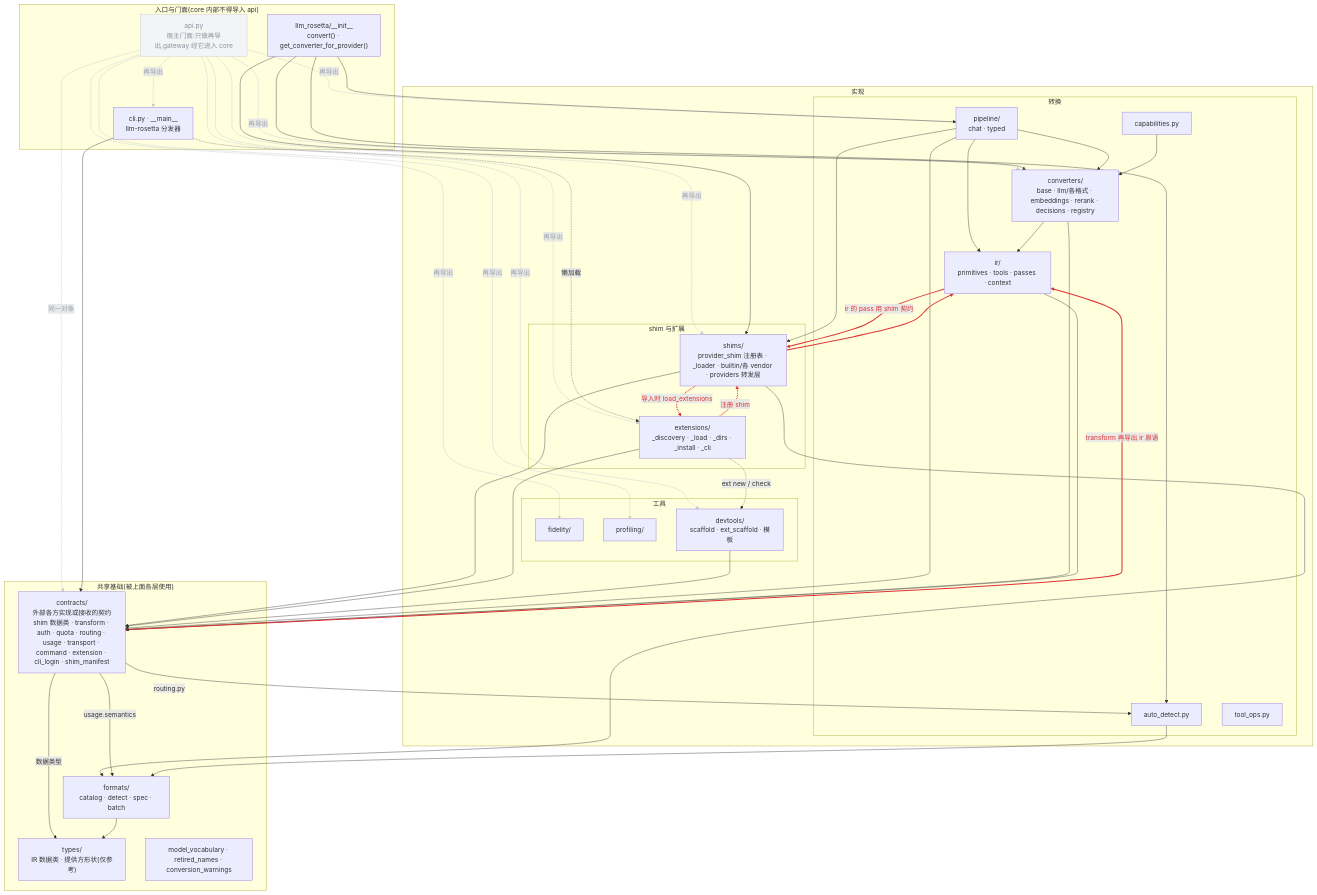
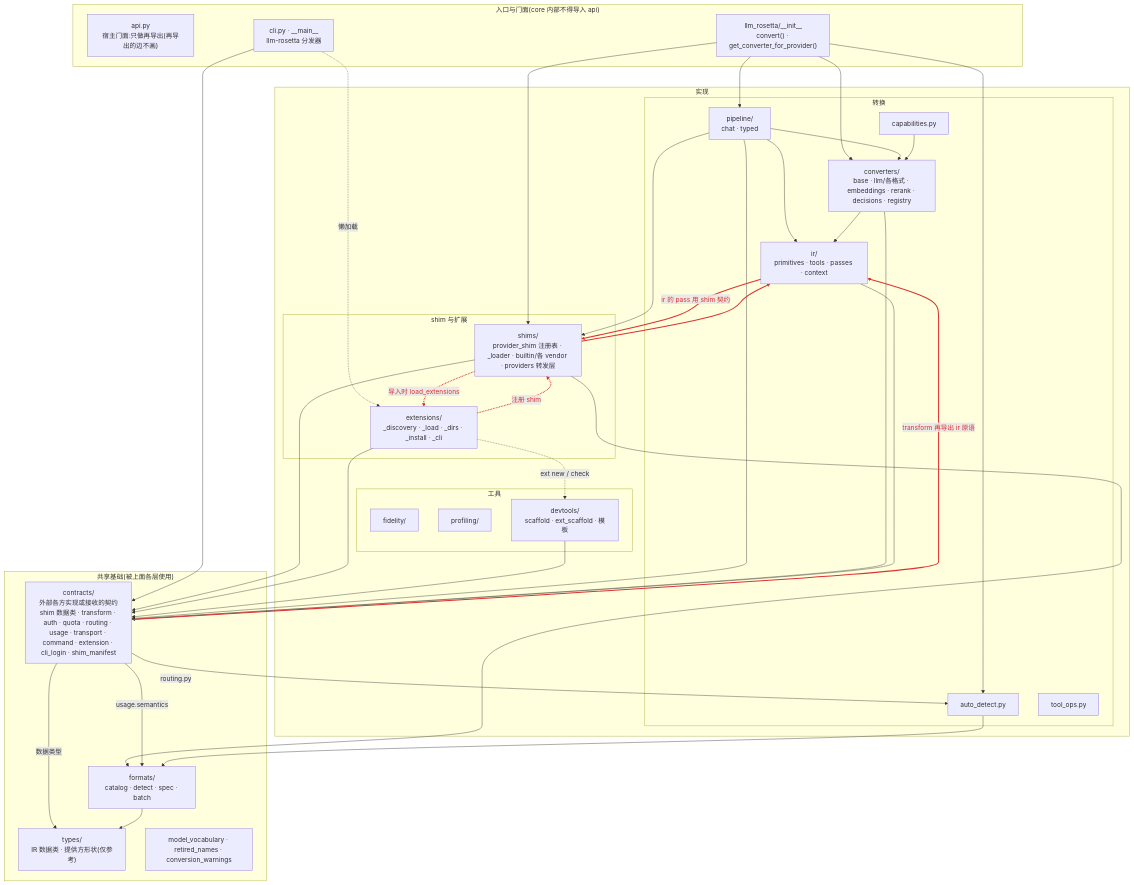
The diagram in core.mmd (Oaklight/llm-rosetta), drawn with Mermaid before and after one commit. The commit also changed 5 other files, not shown here.

First line of the commit message:
docs: leave the api re-export edges out of the diagrams

```diff
--- a/core.mmd
+++ b/core.mmd
@@ -1,87 +1,68 @@
 flowchart TB
   subgraph FACADE["入口与门面(core 内部不得导入 api)"]
-    API["api.py<br/>宿主门面:只做再导出,gateway 经它进入 core"]
+    API["api.py<br/>宿主门面:只做再导出(再导出的边不画)"]
     INIT["llm_rosetta/__init__<br/>convert() · get_converter_for_provider()"]
     CLI["cli.py · __main__<br/>llm-rosetta 分发器"]
   end
   subgraph IMPL["实现"]
     subgraph CONV["转换"]
       PIPE["pipeline/<br/>chat · typed"]
       CVT["converters/<br/>base · llm/各格式 · embeddings · rerank · decisions · registry"]
       IR["ir/<br/>primitives · tools · passes · context"]
       DET["auto_detect.py"]
       CAP["capabilities.py"]
       TOOL["tool_ops.py"]
     end
     subgraph SHIMEXT["shim 与扩展"]
       SHIM["shims/<br/>provider_shim 注册表 · _loader · builtin/各 vendor · providers 转发层"]
       EXTS["extensions/<br/>_discovery · _load · _dirs · _install · _cli"]
     end
     subgraph TOOLS["工具"]
       FID["fidelity/"]
       PROF["profiling/"]
       DEV["devtools/<br/>scaffold · ext_scaffold · 模板"]
     end
   end
   subgraph FOUND["共享基础(被上面各层使用)"]
     CON["contracts/<br/>外部各方实现或接收的契约<br/>shim 数据类 · transform · auth · quota · routing · usage · transport · command · extension · cli_login · shim_manifest"]
     FMT["formats/<br/>catalog · detect · spec · batch"]
     TYP["types/<br/>IR 数据类 · 提供方形状(仅参考)"]
     VOCAB["model_vocabulary · retired_names · conversion_warnings"]
   end
 
 
-  API -->|"再导出"| PIPE
-  API -->|"再导出"| CVT
-  API -->|"再导出"| SHIM
-  API -->|"再导出"| EXTS
-  API -->|"再导出"| CLI
-  API -->|"再导出"| DEV
-  API -->|"再导出"| FID
-  API -->|"再导出"| PROF
-  API -->|"同一对象"| CON
   INIT --> PIPE
   INIT --> CVT
   INIT --> SHIM
   INIT --> DET
   CLI --> CON
   CLI -.->|"懒加载"| EXTS
   PIPE --> CVT
   PIPE --> IR
   PIPE --> SHIM
   PIPE --> CON
   CVT --> IR
   CVT --> CON
   IR --> CON
   IR -->|"ir 的 pass 用 shim 契约"| SHIM
   SHIM --> IR
   SHIM --> CON
   SHIM --> FMT
   SHIM -.->|"导入时 load_extensions"| EXTS
   EXTS -.->|"注册 shim"| SHIM
   EXTS --> CON
   EXTS -.->|"ext new / check"| DEV
   CON -->|"数据类型"| TYP
   CON -->|"usage.semantics"| FMT
   CON -->|"routing.py"| DET
   CON -->|"transform 再导出 ir 原语"| IR
   DET --> FMT
   FMT --> TYP
   CAP --> CVT
   DEV --> CON
 
-  linkStyle 0 stroke:#c3c9d0,stroke-width:1px,color:#9aa3ad
-  linkStyle 1 stroke:#c3c9d0,stroke-width:1px,color:#9aa3ad
-  linkStyle 2 stroke:#c3c9d0,stroke-width:1px,color:#9aa3ad
-  linkStyle 3 stroke:#c3c9d0,stroke-width:1px,color:#9aa3ad
-  linkStyle 4 stroke:#c3c9d0,stroke-width:1px,color:#9aa3ad
-  linkStyle 5 stroke:#c3c9d0,stroke-width:1px,color:#9aa3ad
-  linkStyle 6 stroke:#c3c9d0,stroke-width:1px,color:#9aa3ad
-  linkStyle 7 stroke:#c3c9d0,stroke-width:1px,color:#9aa3ad
-  linkStyle 8 stroke:#c3c9d0,stroke-width:1px,color:#9aa3ad
-  linkStyle 22 stroke:#d33,stroke-width:2.5px,color:#d33
-  linkStyle 23 stroke:#d33,stroke-width:2.5px,color:#d33
-  linkStyle 26 stroke:#d33,stroke-width:2.5px,color:#d33
-  linkStyle 27 stroke:#d33,stroke-width:2.5px,color:#d33
-  linkStyle 33 stroke:#d33,stroke-width:2.5px,color:#d33
-  style API fill:#f3f4f6,stroke:#c3c9d0,color:#8a939e
+  linkStyle 13 stroke:#d33,stroke-width:2.5px,color:#d33
+  linkStyle 14 stroke:#d33,stroke-width:2.5px,color:#d33
+  linkStyle 17 stroke:#d33,stroke-width:2.5px,color:#d33
+  linkStyle 18 stroke:#d33,stroke-width:2.5px,color:#d33
+  linkStyle 24 stroke:#d33,stroke-width:2.5px,color:#d33
```
